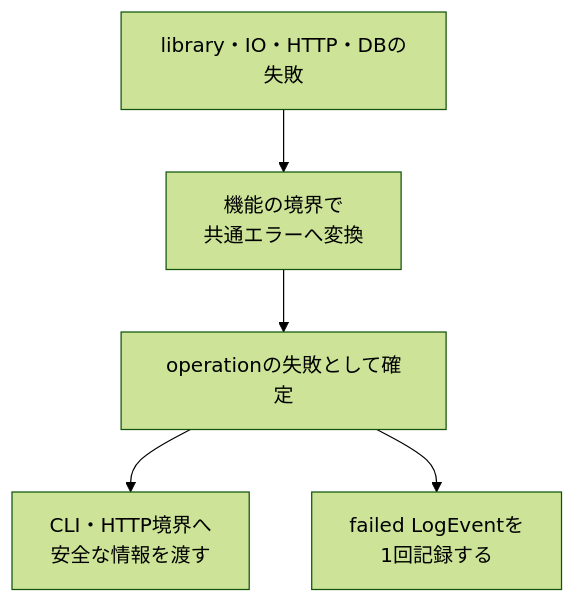
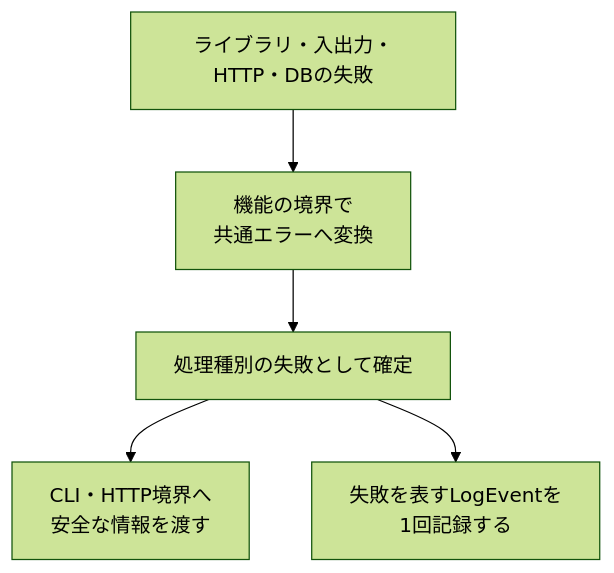
Before and after one commit to takashit16833/RAGScope: the third of 4 diagrams in project-docs/design/エラー・ログ設計.md, drawn with Mermaid (forest theme). The commit also changed other lines of this file and 36 other files, not shown here.

````diff
--- a/project-docs/design/エラー・ログ設計.md
+++ b/project-docs/design/エラー・ログ設計.md
@@ -272,12 +274,12 @@
 ```mermaid
 flowchart TD
-    Failure["library・IO・HTTP・DBの失敗"]
+    Failure["ライブラリ・入出力・HTTP・DBの失敗"]
     Convert["機能の境界で<br>共通エラーへ変換"]
-    Result["operationの失敗として確定"]
+    Result["処理種別の失敗として確定"]
     User["CLI・HTTP境界へ<br>安全な情報を渡す"]
-    Log["failed LogEventを<br>1回記録する"]
+    Log["失敗を表すLogEventを<br>1回記録する"]
 
     Failure --> Convert --> Result
     Result --> User
     Result --> Log
 ```
````
